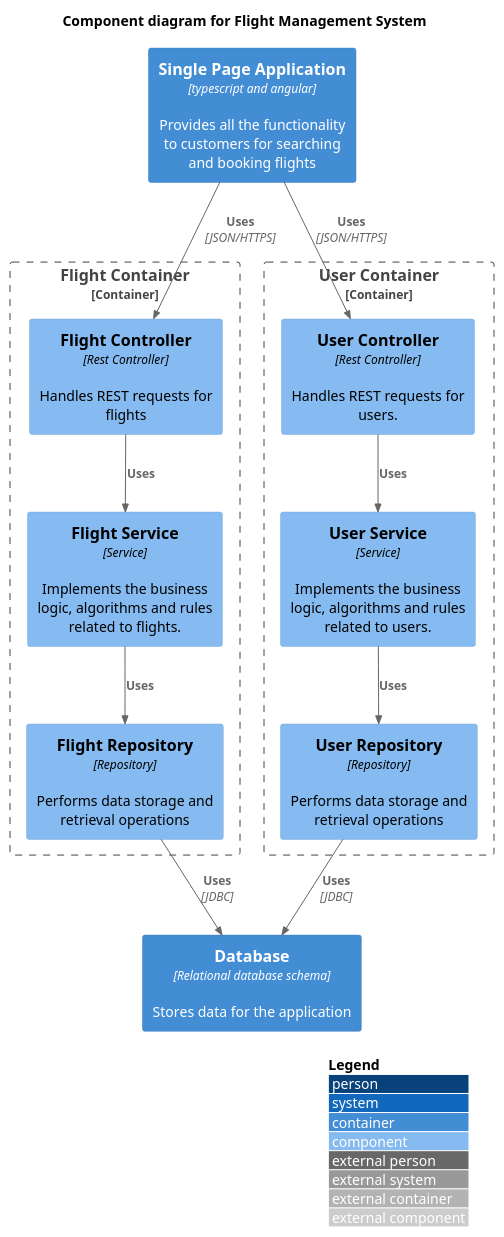
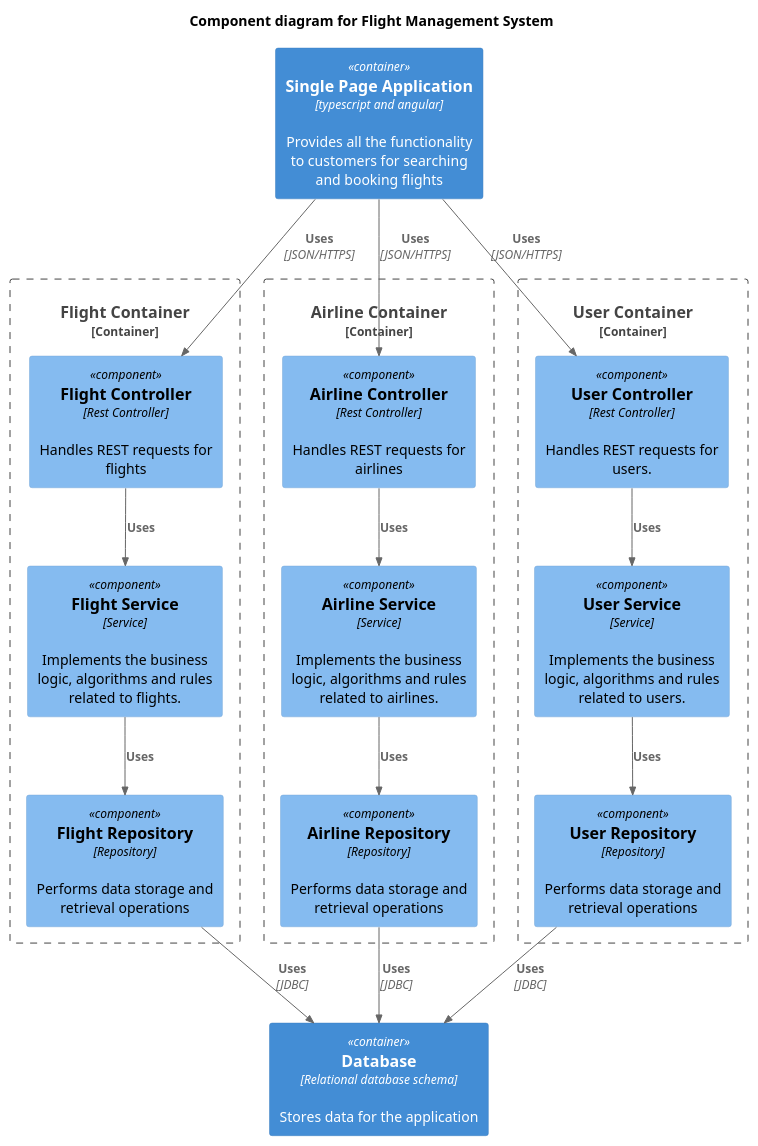
The diagram in docs/component-diagram.puml (ch88251/airport-management-system), drawn with PlantUML before and after one commit. The commit also changed 4 other files, not shown here.

```diff
--- a/docs/component-diagram.puml
+++ b/docs/component-diagram.puml
@@ -1,32 +1,42 @@
 @startuml
+
 !include https://raw.githubusercontent.com/plantuml-stdlib/C4-PlantUML/master/C4_Component.puml
-
-LAYOUT_WITH_LEGEND()
 
 title Component diagram for Flight Management System
 
 Container(spa, "Single Page Application", "typescript and angular", "Provides all the functionality to customers for searching and booking flights")
 Container(db, "Database", "Relational database schema", "Stores data for the application")
 
 Container_Boundary(flight, "Flight Container") {
   Component(flightController, "Flight Controller", "Rest Controller", "Handles REST requests for flights")
   Component(flightService, "Flight Service", "Service", "Implements the business logic, algorithms and rules related to flights.")
   Component(flightRepository, "Flight Repository", "Repository", "Performs data storage and retrieval operations")
   Rel(flightController, flightService, "Uses")
   Rel(flightService, flightRepository, "Uses")
 }
+
+Container_Boundary(airline, "Airline Container") {
+  Component(airlineController, "Airline Controller", "Rest Controller", "Handles REST requests for airlines")
+  Component(airlineService, "Airline Service", "Service", "Implements the business logic, algorithms and rules related to airlines.")
+  Component(airlineRepository, "Airline Repository", "Repository", "Performs data storage and retrieval operations")
+  Rel(airlineController, airlineService, "Uses")
+  Rel(airlineService, airlineRepository, "Uses")
+}
+
 Container_Boundary(user, "User Container") {
   Component(userController, "User Controller", "Rest Controller", "Handles REST requests for users.")
   Component(userService, "User Service", "Service", "Implements the business logic, algorithms and rules related to users.")
   Component(userRepository, "User Repository", "Repository", "Performs data storage and retrieval operations")
   Rel(userController, userService, "Uses")
   Rel(userService, userRepository, "Uses")
 }
 
 Rel(spa, flightController, "Uses", "JSON/HTTPS")
+Rel(spa, airlineController, "Uses", "JSON/HTTPS")
 Rel(spa, userController, "Uses", "JSON/HTTPS")
 
 Rel(flightRepository, db, "Uses", "JDBC")
+Rel(airlineRepository, db, "Uses", "JDBC")
 Rel(userRepository, db, "Uses", "JDBC")
 
 @enduml
```
